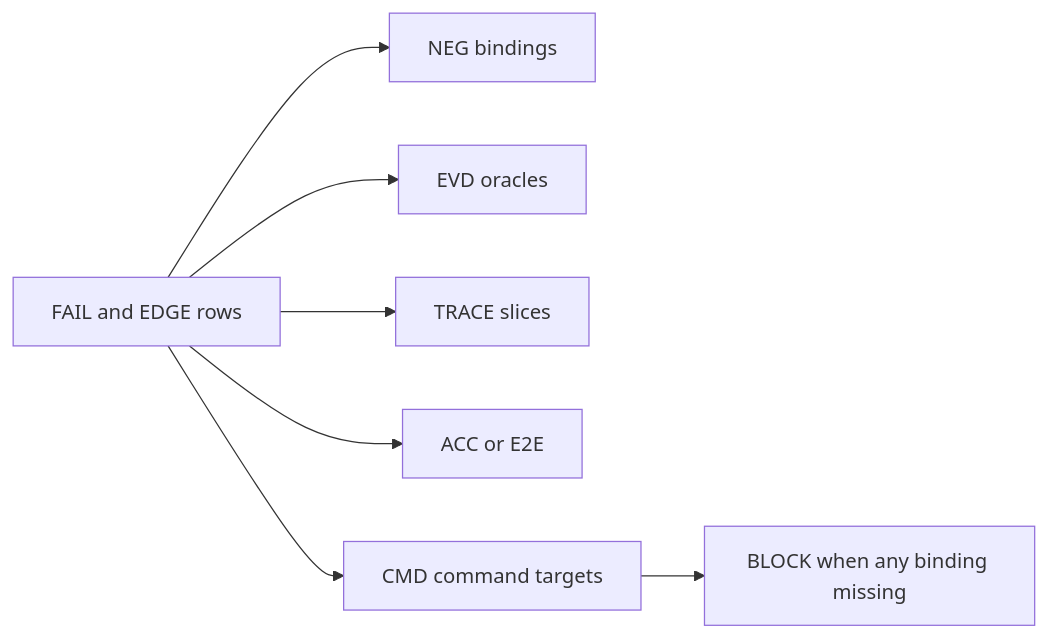
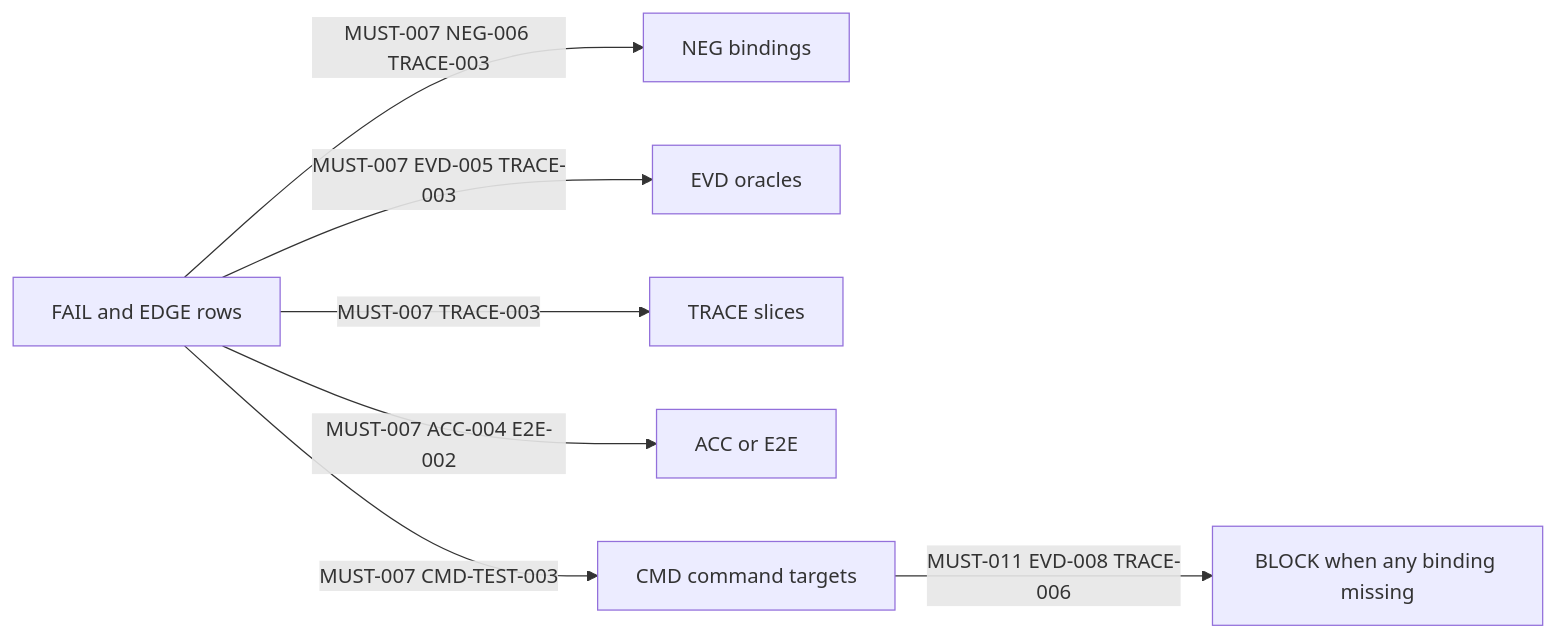
The third of 3 diagrams in docs/requirements/2026-05-25-req-trace-matrix-ai-tdd-execution-packet-compiler.md (milome/BMAD-Speckit-SDD-Flow), drawn with Mermaid before and after one commit. The commit also changed other lines of this file and 47 other files, not shown here.

````diff
--- a/docs/requirements/2026-05-25-req-trace-matrix-ai-tdd-execution-packet-compiler.md
+++ b/docs/requirements/2026-05-25-req-trace-matrix-ai-tdd-execution-packet-compiler.md
@@ -102,9 +121,9 @@
 ```mermaid
 flowchart LR
-  FAIL[FAIL and EDGE rows] --> NEG[NEG bindings]
-  FAIL --> EVD[EVD oracles]
-  FAIL --> TRACE[TRACE slices]
-  FAIL --> ACC[ACC or E2E]
-  FAIL --> CMD[CMD command targets]
-  CMD --> BLOCK[BLOCK when any binding missing]
+  FAIL[FAIL and EDGE rows] -->|MUST-007 NEG-006 TRACE-003| NEG[NEG bindings]
+  FAIL -->|MUST-007 EVD-005 TRACE-003| EVD[EVD oracles]
+  FAIL -->|MUST-007 TRACE-003| TRACE[TRACE slices]
+  FAIL -->|MUST-007 ACC-004 E2E-002| ACC[ACC or E2E]
+  FAIL -->|MUST-007 CMD-TEST-003| CMD[CMD command targets]
+  CMD -->|MUST-011 EVD-008 TRACE-006| BLOCK[BLOCK when any binding missing]
 ```
````
